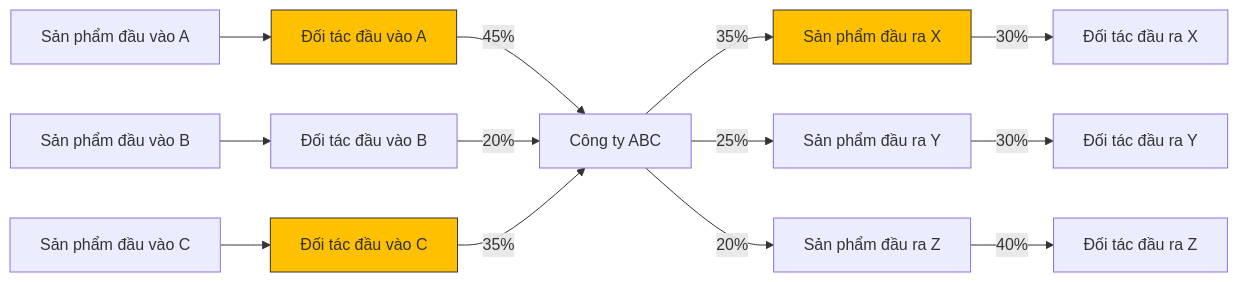
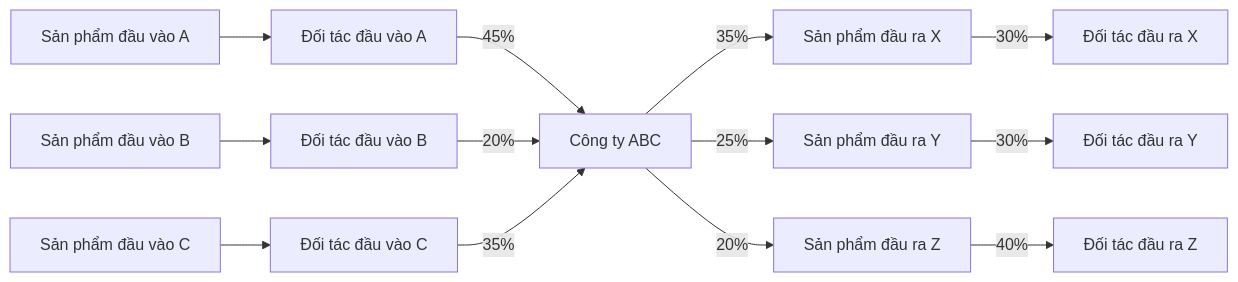
The diagram in src/templates/business-activity-guidance.md (hodongtu/SME-creditmemo-multi-agent), drawn with Mermaid before and after one commit. The commit also changed other lines of this file and 6 other files, not shown here.

````diff
--- a/src/templates/business-activity-guidance.md
+++ b/src/templates/business-activity-guidance.md
@@ -47,16 +46,15 @@
-    ```mermaid
-      flowchart LR
-        classDef warn fill:#FFC000,stroke:#333
-        P1[Sản phẩm đầu vào A] --> R1
-        P2[Sản phẩm đầu vào B] --> R2
-        P3[Sản phẩm đầu vào C] --> R3
-        R1[Đối tác đầu vào A]:::warn -->|45%| KH
-        R2[Đối tác đầu vào B] -->|20%| KH
-        R3[Đối tác đầu vào C]:::warn -->|35%| KH
-        KH[Công ty ABC] -->|35%| P4:::warn
-        KH -->|25%| P5
-        KH -->|20%| P6
-        P4[Sản phẩm đầu ra X] -->|30%| R4[Đối tác đầu ra X]
-        P5[Sản phẩm đầu ra Y] -->|30%| R5[Đối tác đầu ra Y]
-        P6[Sản phẩm đầu ra Z] -->|40%| R6[Đối tác đầu ra Z]
-    ```  
+```mermaid
+flowchart LR
+  P1[Sản phẩm đầu vào A] --> R1
+  P2[Sản phẩm đầu vào B] --> R2
+  P3[Sản phẩm đầu vào C] --> R3
+  R1[Đối tác đầu vào A] -->|45%| KH
+  R2[Đối tác đầu vào B] -->|20%| KH
+  R3[Đối tác đầu vào C] -->|35%| KH
+  KH[Công ty ABC] -->|35%| P4
+  KH -->|25%| P5
+  KH -->|20%| P6
+  P4[Sản phẩm đầu ra X] -->|30%| R4[Đối tác đầu ra X]
+  P5[Sản phẩm đầu ra Y] -->|30%| R5[Đối tác đầu ra Y]
+  P6[Sản phẩm đầu ra Z] -->|40%| R6[Đối tác đầu ra Z]
+```
````
